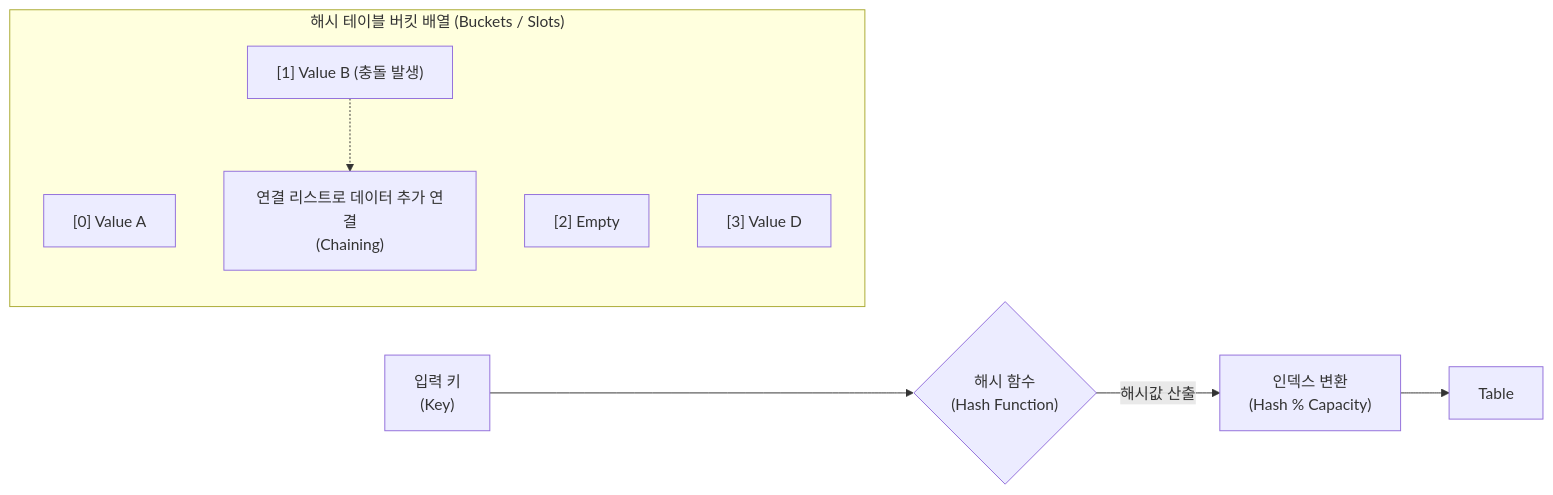
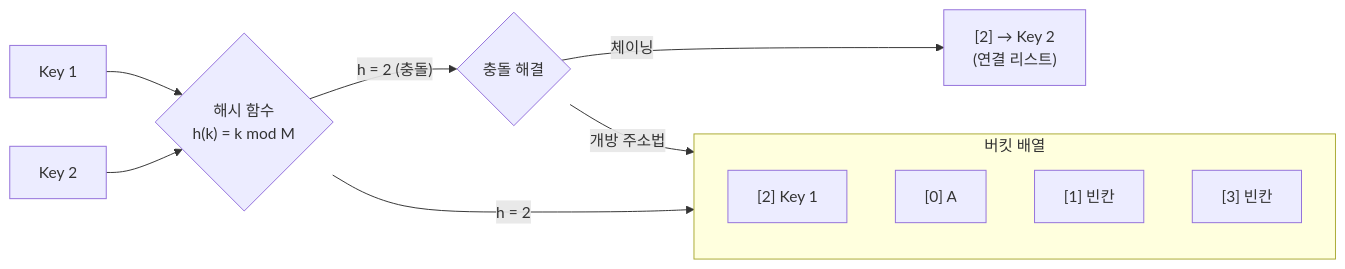
Before and after one commit to supremethumb/supremethumb.github.io: the diagram in content/01_IT Tech/해시 테이블.md, drawn with Mermaid. The commit also changed other lines of this file and 1087 other files, not shown here.

````diff
--- a/content/01_IT Tech/해시 테이블.md
+++ b/content/01_IT Tech/해시 테이블.md
@@ -27,20 +38,16 @@
 ```mermaid
 flowchart LR
-    Key["입력 키<br/>(Key)"] --> HF{"해시 함수<br/>(Hash Function)"}
-    HF -- "해시값 산출" --> Index["인덱스 변환<br/>(Hash % Capacity)"]
-    
-    Index --> Table
-    
-    subgraph "해시 테이블 버킷 배열 (Buckets / Slots)"
+    K1["Key 1"] --> HF{"해시 함수<br/>h(k) = k mod M"}
+    K2["Key 2"] --> HF
+    HF -->|"h = 2"| B2
+    HF -->|"h = 2 (충돌)"| C{"충돌 해결"}
+    subgraph T["버킷 배열"]
         direction TB
-        B0["[0] Value A"]
-        B1["[1] Value B (충돌 발생)"]
-        B2["[2] Empty"]
-        B3["[3] Value D"]
-        
-        Node["연결 리스트로 데이터 추가 연결<br/>(Chaining)"]
-        
-        B1 -.-> Node
+        B0["[0] A"]
+        B1["[1] 빈칸"]
+        B2["[2] Key 1"]
+        B3["[3] 빈칸"]
     end
-
+    C -->|"체이닝"| N["[2] → Key 2<br/>(연결 리스트)"]
+    C -->|"개방 주소법"| B3
 ```
````
